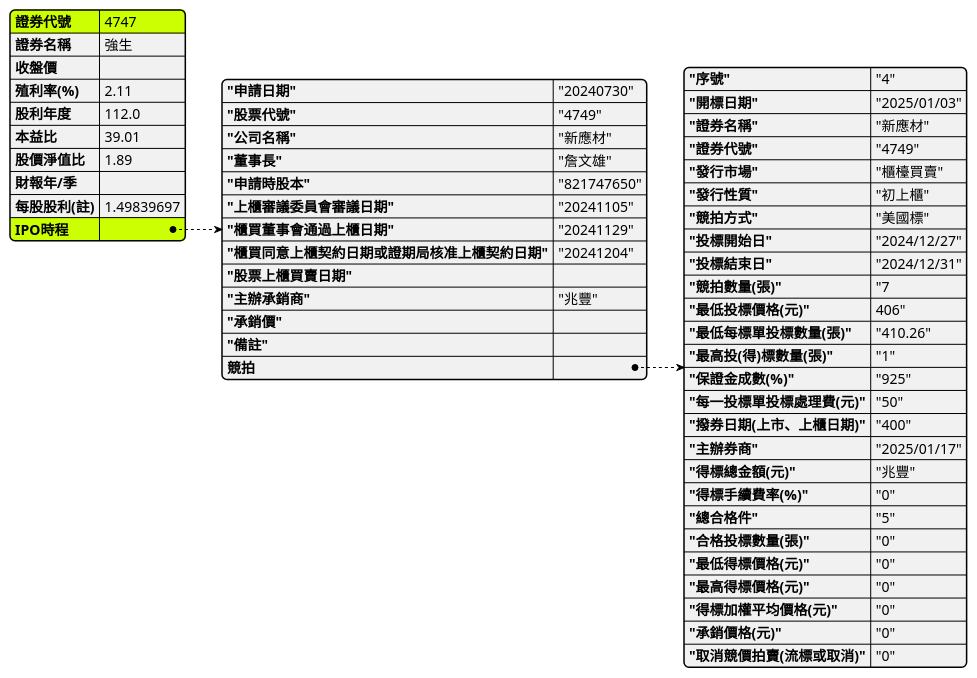
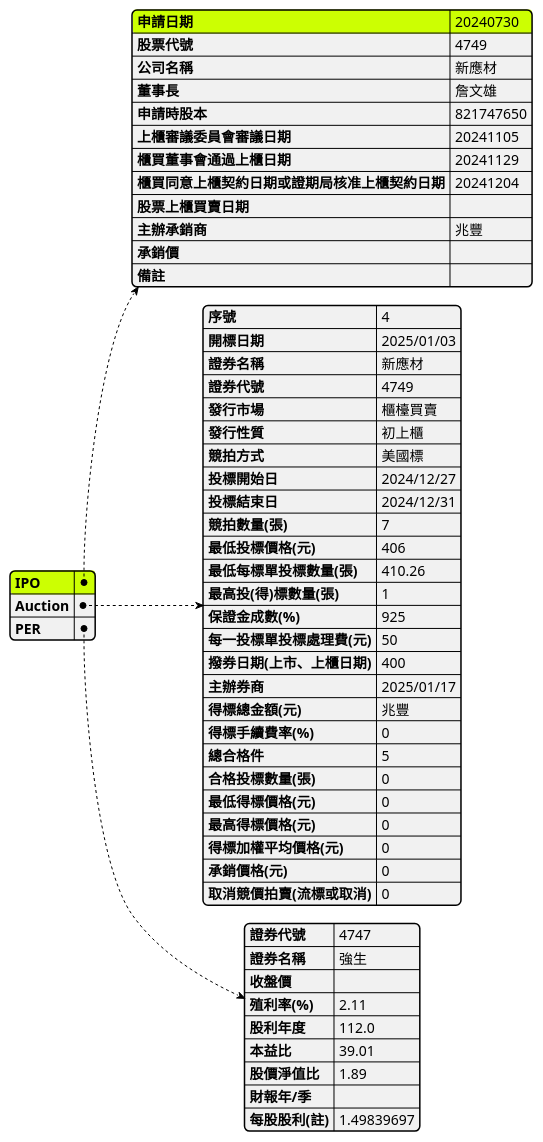
The diagram in IPO.plantuml (wenchiehlee/Selenium-Actions.Auction), drawn with PlantUML before and after one commit.

```diff
--- a/IPO.plantuml
+++ b/IPO.plantuml
@@ -1,67 +1,69 @@
 @startjson
+
 skinparam BoxPadding 10
 skinparam actorStyle awesome
 skinparam LegendBorderThickness 1
 skinparam backgroundColor transparent
 
-#highlight  "IPO時程"
+#highlight  "IPO"
+#highlight  "IPO" / "申請日期"
 #highlight  "證券代號"
-#highlight 	"\"股票代號\""
+#highlight 	"股票代號"
 
 {
-
-"證券代號": "4747",
-"證券名稱": "強生",
-"收盤價": "",
-"殖利率(%)": "2.11",
-"股利年度": "112.0",
-"本益比": "39.01",
-"股價淨值比": "1.89",
-"財報年/季": "",
-"每股股利(註)": "1.49839697",
-"IPO時程": 
-    {
-		"\"申請日期\"": "\"20240730\"",
-		"\"股票代號\"": "\"4749\"",
-		"\"公司名稱\"": "\"新應材\"",
-		"\"董事長\"": "\"詹文雄\"",
-		"\"申請時股本\"": "\"821747650\"",
-		"\"上櫃審議委員會審議日期\"": "\"20241105\"",
-		"\"櫃買董事會通過上櫃日期\"": "\"20241129\"",
-		"\"櫃買同意上櫃契約日期或證期局核准上櫃契約日期\"": "\"20241204\"",
-		"\"股票上櫃買賣日期\"": "",
-		"\"主辦承銷商\"": "\"兆豐\"",
-		"\"承銷價\"": "",
-		"\"備註\"": "",
-        "競拍": 
-            {
-                "\"序號\"": "\"4\"",
-        		"\"開標日期\"": "\"2025/01/03\"",
-        		"\"證券名稱\"": "\"新應材\"",
-        		"\"證券代號\"": "\"4749\"",
-        		"\"發行市場\"": "\"櫃檯買賣\"",
-        		"\"發行性質\"": "\"初上櫃\"",
-        		"\"競拍方式\"": "\"美國標\"",
-        		"\"投標開始日\"": "\"2024/12/27\"",
-        		"\"投標結束日\"": "\"2024/12/31\"",
-        		"\"競拍數量(張)\"": "\"7",
-        		"\"最低投標價格(元)\"": "406\"",
-        		"\"最低每標單投標數量(張)\"": "\"410.26\"",
-        		"\"最高投(得)標數量(張)\"": "\"1\"",
-        		"\"保證金成數(%)\"": "\"925\"",
-        		"\"每一投標單投標處理費(元)\"": "\"50\"",
-        		"\"撥券日期(上市、上櫃日期)\"": "\"400\"",
-        		"\"主辦券商\"": "\"2025/01/17\"",
-        		"\"得標總金額(元)\"": "\"兆豐\"",
-        		"\"得標手續費率(%)\"": "\"0\"",
-        		"\"總合格件\"": "\"5\"",
-        		"\"合格投標數量(張)\"": "\"0\"",
-        		"\"最低得標價格(元)\"": "\"0\"",
-        		"\"最高得標價格(元)\"": "\"0\"",
-        		"\"得標加權平均價格(元)\"": "\"0\"",
-        		"\"承銷價格(元)\"": "\"0\"",
-        		"\"取消競價拍賣(流標或取消)\"": "\"0\""
-            }
+  "IPO": {
+    "申請日期": "20240730",
+    "股票代號": "4749",
+    "公司名稱": "新應材",
+    "董事長": "詹文雄",
+    "申請時股本": "821747650",
+    "上櫃審議委員會審議日期": "20241105",
+    "櫃買董事會通過上櫃日期": "20241129",
+    "櫃買同意上櫃契約日期或證期局核准上櫃契約日期": "20241204",
+    "股票上櫃買賣日期": "",
+    "主辦承銷商": "兆豐",
+    "承銷價": "",
+    "備註": ""
+  },
+  "Auction": {
+    "序號": "4",
+    "開標日期": "2025/01/03",
+    "證券名稱": "新應材",
+    "證券代號": "4749",
+    "發行市場": "櫃檯買賣",
+    "發行性質": "初上櫃",
+    "競拍方式": "美國標",
+    "投標開始日": "2024/12/27",
+    "投標結束日": "2024/12/31",
+    "競拍數量(張)": 7,
+    "最低投標價格(元)": 406,
+    "最低每標單投標數量(張)": 410.26,
+    "最高投(得)標數量(張)": 1,
+    "保證金成數(%)": 925,
+    "每一投標單投標處理費(元)": 50,
+    "撥券日期(上市、上櫃日期)": 400,
+    "主辦券商": "2025/01/17",
+    "得標總金額(元)": "兆豐",
+    "得標手續費率(%)": 0,
+    "總合格件": 5,
+    "合格投標數量(張)": 0,
+    "最低得標價格(元)": 0,
+    "最高得標價格(元)": 0,
+    "得標加權平均價格(元)": 0,
+    "承銷價格(元)": 0,
+    "取消競價拍賣(流標或取消)": 0
+  },
+  
+  "PER": {
+    "證券代號": 4747,
+    "證券名稱": "強生",
+    "收盤價": "",
+    "殖利率(%)": 2.11,
+    "股利年度": 112.0,
+    "本益比": 39.01,
+    "股價淨值比": 1.89,
+    "財報年/季": "",
+    "每股股利(註)": 1.49839697
   }
 }
 @endjson
```
